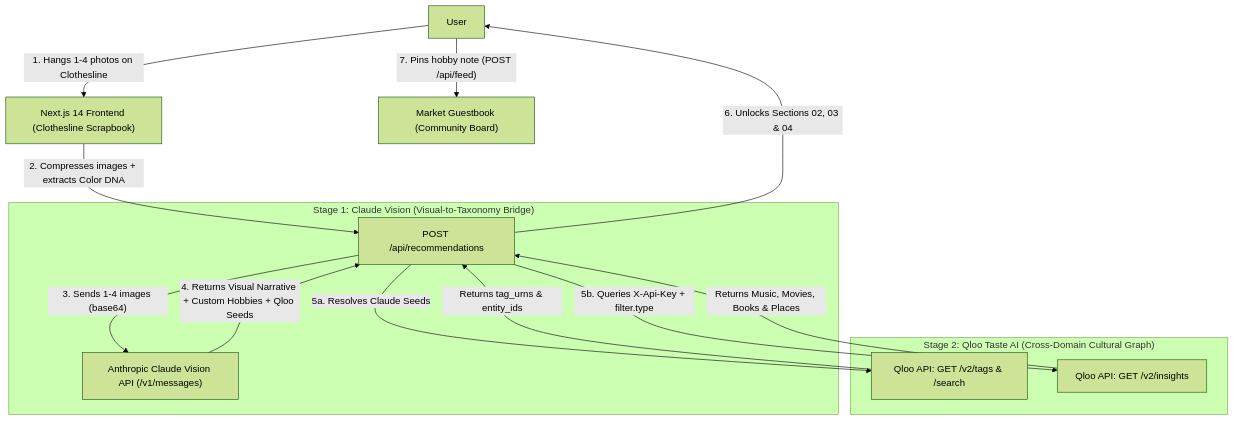
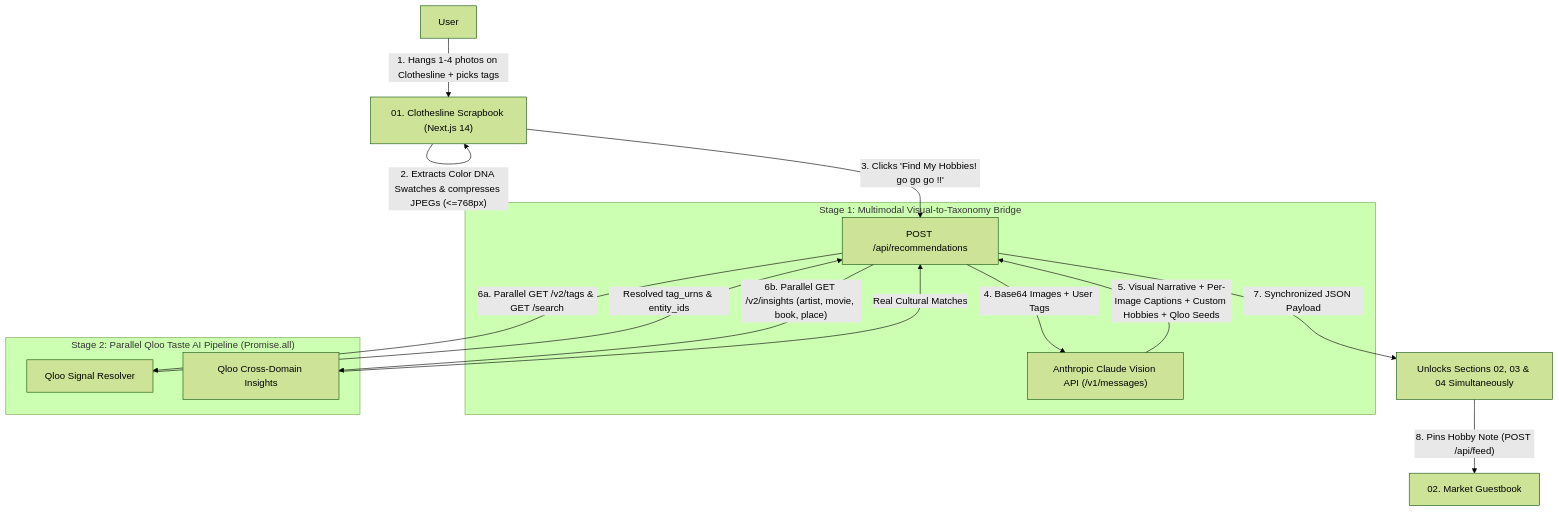
The diagram in README.md (mcontrerasmalpar-pixel/visual-hobby-market-qloo), drawn with Mermaid (forest theme) before and after one commit. The commit also changed other lines of this file, not shown here.

Commit message:
Update README with Claude Vision + parallel Qloo architecture and UX flow

````diff
--- a/README.md
+++ b/README.md
@@ -27,20 +49,21 @@
 ```mermaid
-graph TD
-    A["User"] -->|"1. Hangs 1-4 photos on Clothesline"| B["Next.js 14 Frontend (Clothesline Scrapbook)"]
-    B -->|"2. Compresses images + extracts Color DNA"| C["POST /api/recommendations"]
-    
-    subgraph Stage1 ["Stage 1: Claude Vision (Visual-to-Taxonomy Bridge)"]
-        C -->|"3. Sends 1-4 images (base64)"| CV["Anthropic Claude Vision API (/v1/messages)"]
-        CV -->|"4. Returns Visual Narrative + Custom Hobbies + Qloo Seeds"| C
+flowchart TD
+    User["User"] -->|"1. Hangs 1-4 photos on Clothesline + picks tags"| UI["01. Clothesline Scrapbook (Next.js 14)"]
+    UI -->|"2. Extracts Color DNA Swatches & compresses JPEGs (<=768px)"| UI
+    UI -->|"3. Clicks 'Find My Hobbies! go go go !!'"| API["POST /api/recommendations"]
+
+    subgraph Stage1 ["Stage 1: Multimodal Visual-to-Taxonomy Bridge"]
+        API -->|"4. Base64 Images + User Tags"| Claude["Anthropic Claude Vision API (/v1/messages)"]
+        Claude -->|"5. Visual Narrative + Per-Image Captions + Custom Hobbies + Qloo Seeds"| API
     end
 
-    subgraph Stage2 ["Stage 2: Qloo Taste AI (Cross-Domain Cultural Graph)"]
-        C -->|"5a. Resolves Claude Seeds"| D1["Qloo API: GET /v2/tags & /search"]
-        D1 -->|"Returns tag_urns & entity_ids"| C
-        C -->|"5b. Queries X-Api-Key + filter.type"| D2["Qloo API: GET /v2/insights"]
-        D2 -->|"Returns Music, Movies, Books & Places"| C
+    subgraph Stage2 ["Stage 2: Parallel Qloo Taste AI Pipeline (Promise.all)"]
+        API -->|"6a. Parallel GET /v2/tags & GET /search"| QlooResolve["Qloo Signal Resolver"]
+        QlooResolve -->|"Resolved tag_urns & entity_ids"| API
+        API -->|"6b. Parallel GET /v2/insights (artist, movie, book, place)"| QlooInsights["Qloo Cross-Domain Insights"]
+        QlooInsights -->|"Real Cultural Matches"| API
     end
 
-    C -->|"6. Unlocks Sections 02, 03 & 04"| A
-    A -->|"7. Pins hobby note (POST /api/feed)"| E["Market Guestbook (Community Board)"]
+    API -->|"7. Synchronized JSON Payload"| Reveal["Unlocks Sections 02, 03 & 04 Simultaneously"]
+    Reveal -->|"8. Pins Hobby Note (POST /api/feed)"| Guestbook["02. Market Guestbook"]
 ```
````
